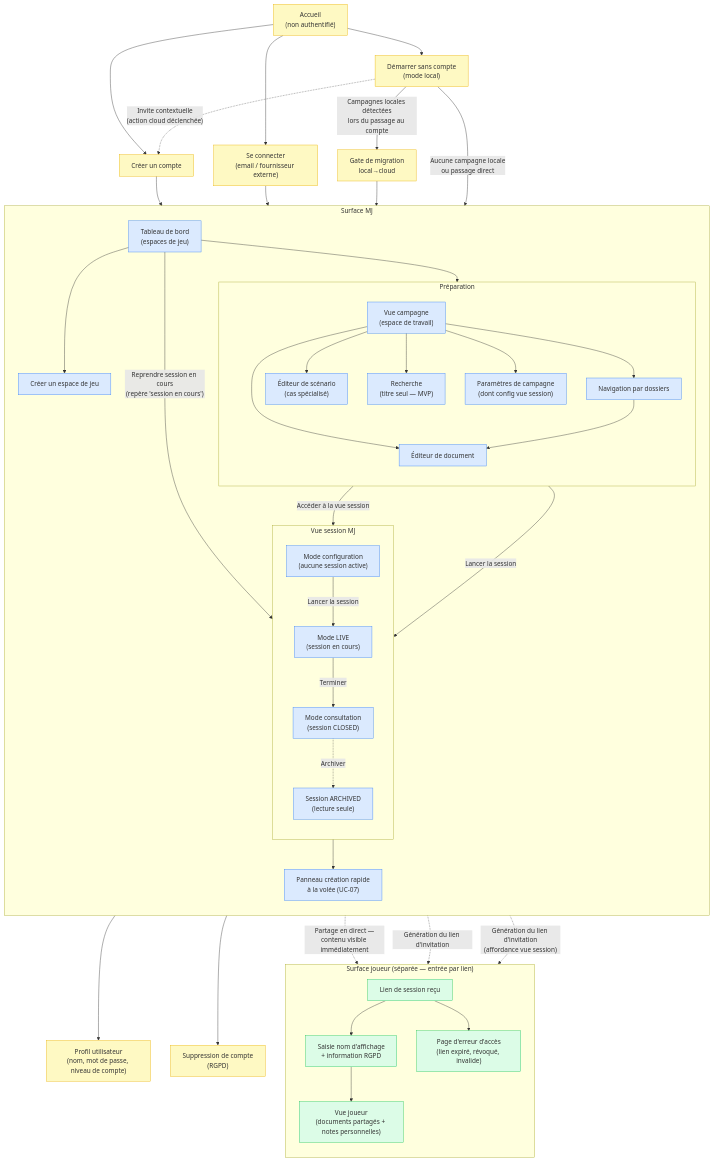
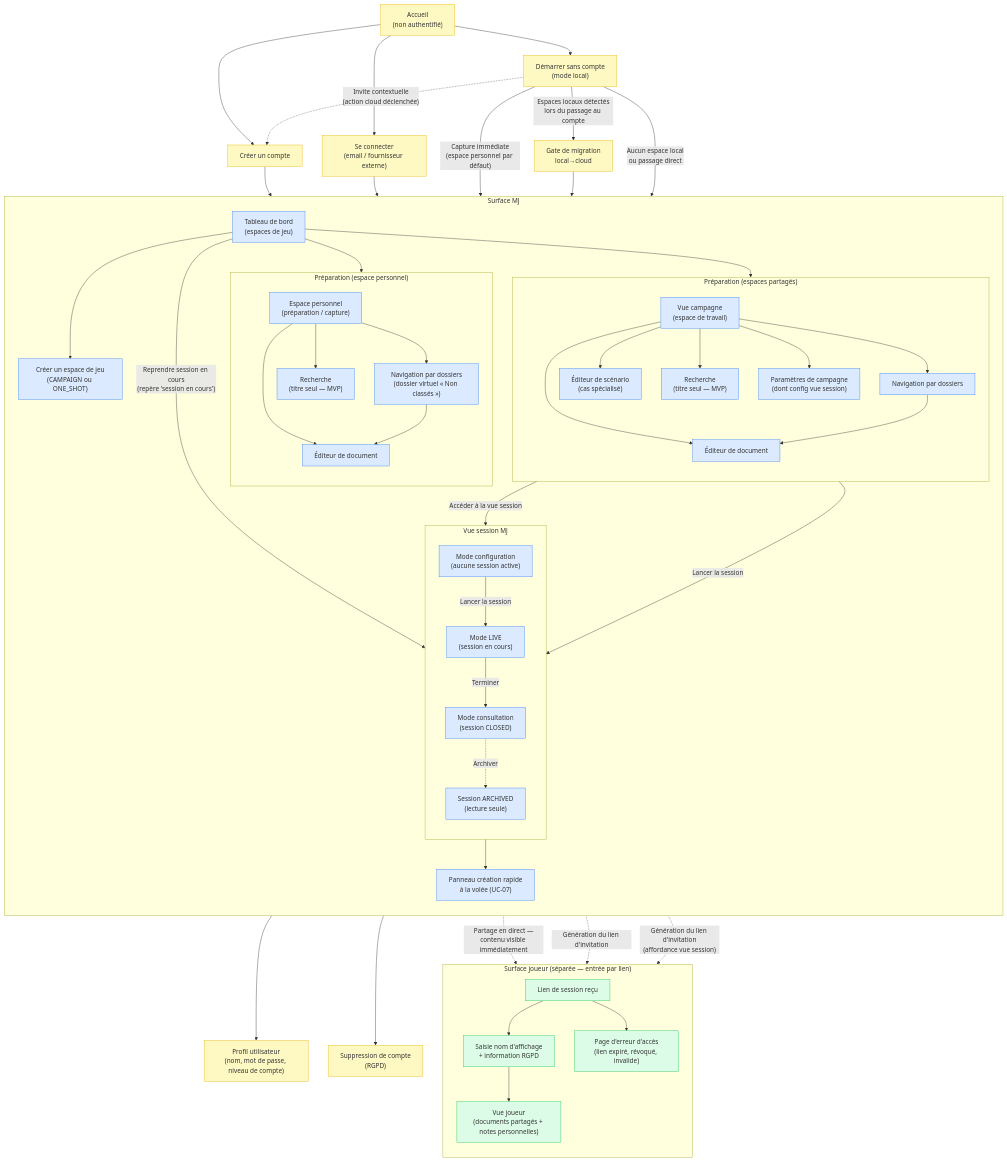
One commit to 2025-10-CDA-ECO-P6/PM-micro-saas changed the diagram in docs/conception/interface/zoning.md. Above: the diagram before and after it, drawn with Mermaid. The commit also changed other lines of this file, not shown here.

````diff
--- a/docs/conception/interface/zoning.md
+++ b/docs/conception/interface/zoning.md
@@ -97,10 +97,13 @@
     Inscription --> Tableau["Tableau de bord\n(espaces de jeu)"]
     Connexion --> Tableau
 
-    %% Gate de migration : chemin local → cloud quand campagnes locales existent
-    ModeLocal -->|"Campagnes locales détectées\nlors du passage au compte"| GateMigration["Gate de migration\nlocal→cloud"]
+    %% Espace de travail en mode local : capture immédiate dans l'espace personnel
+    ModeLocal -->|"Capture immédiate\n(espace personnel par défaut)"| EspacePerso["Espace personnel\n(préparation / capture)"]
+
+    %% Gate de migration : chemin local → cloud quand espaces locaux existent
+    ModeLocal -->|"Espaces locaux détectés\nlors du passage au compte"| GateMigration["Gate de migration\nlocal→cloud"]
     GateMigration --> Tableau
-    ModeLocal -->|"Aucune campagne locale\nou passage direct"| Tableau
+    ModeLocal -->|"Aucun espace local\nou passage direct"| Tableau
 
     %% Invite contextuelle sans-compte → compte
     ModeLocal -.->|"Invite contextuelle\n(action cloud déclenchée)"| Inscription
@@ -113,10 +116,20 @@
     subgraph SurfaceMJ["Surface MJ"]
         direction TB
 
-        Tableau --> NouvelEspace["Créer un espace de jeu"]
+        Tableau --> NouvelEspace["Créer un espace de jeu\n(CAMPAIGN ou ONE_SHOT)"]
+        Tableau --> EspacePerso
         Tableau --> Campagne["Vue campagne\n(espace de travail)"]
 
-        subgraph Preparation["Préparation"]
+        %% Espace personnel : préparation uniquement, pas de vue session
+        subgraph PreparationPerso["Préparation (espace personnel)"]
+            direction TB
+            EspacePerso --> NavDossiersPerso["Navigation par dossiers\n(dossier virtuel « Non classés »)"]
+            EspacePerso --> EditeurDocPerso["Éditeur de document"]
+            EspacePerso --> RecherchePerso["Recherche\n(titre seul — MVP)"]
+            NavDossiersPerso --> EditeurDocPerso
+        end
+
+        subgraph Preparation["Préparation (espaces partagés)"]
             direction TB
             Campagne --> NavDossiers["Navigation par dossiers"]
             Campagne --> EditeurDoc["Éditeur de document"]
@@ -167,7 +180,7 @@
     classDef joueur fill:#dcfce7,stroke:#22c55e
     classDef transversal fill:#fef9c3,stroke:#eab308
 
-    class Tableau,NouvelEspace,Campagne,NavDossiers,EditeurDoc,EditeurScenario,Recherche,ParamsCampagne,VSConfig,VSLIVE,VSClosed,Archive,PanneauCreation mj
+    class Tableau,NouvelEspace,Campagne,NavDossiers,EditeurDoc,EditeurScenario,Recherche,ParamsCampagne,VSConfig,VSLIVE,VSClosed,Archive,PanneauCreation,EspacePerso,NavDossiersPerso,EditeurDocPerso,RecherchePerso mj
     class LienSession,SaisieNom,VueJoueur,ErreurAcces joueur
     class Accueil,ModeLocal,Inscription,Connexion,GateMigration,Profil,SuppressionRGPD transversal
 ```
````
